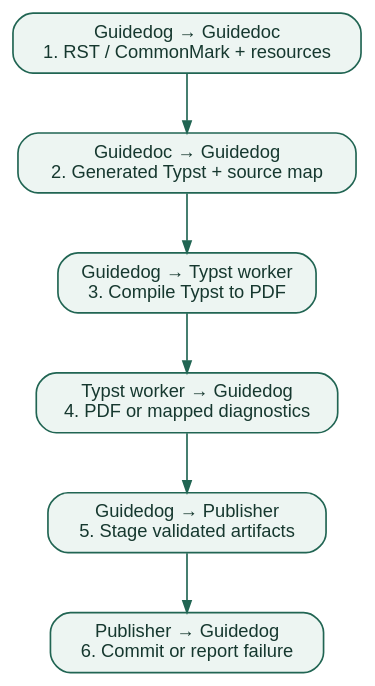
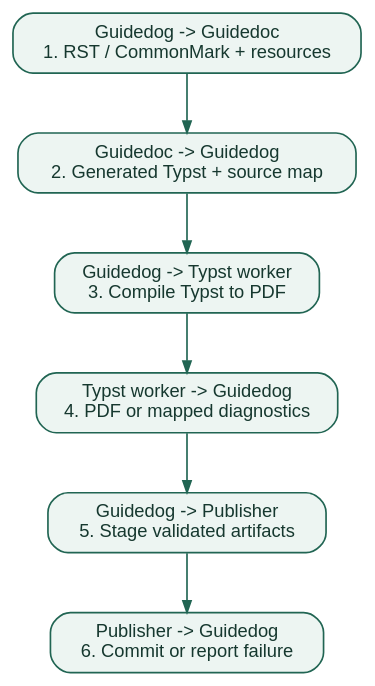
One commit to insanai/guidedog changed the second of 3 diagrams in docs/gds/records/0002-guidedog-cli.rst. Above: the diagram before and after it, drawn with Graphviz. The commit also changed other lines of this file and 99 other files, not shown here.

```diff
--- a/docs/gds/records/0002-guidedog-cli.rst
+++ b/docs/gds/records/0002-guidedog-cli.rst
@@ -415,21 +415,21 @@
 .. graphviz::
    :caption: Native .typ input starts at step 3. Failed compilation never reaches step 5.
    :alt: Native .typ input starts at step 3. Failed compilation never reaches step 5.
 
    digraph design {
      graph [rankdir=TB, bgcolor="transparent", pad="0.3", nodesep="0.4"];
      node [shape=box, style="rounded,filled", fillcolor="#edf5f2",
            color="#216553", fontcolor="#16382f", fontname="Helvetica", fontsize=11];
      edge [color="#216553", arrowsize=0.7];
-     n0 [label="Guidedog → Guidedoc\n1. RST / CommonMark + resources"];
-     n1 [label="Guidedoc → Guidedog\n2. Generated Typst + source map"];
-     n2 [label="Guidedog → Typst worker\n3. Compile Typst to PDF"];
-     n3 [label="Typst worker → Guidedog\n4. PDF or mapped diagnostics"];
-     n4 [label="Guidedog → Publisher\n5. Stage validated artifacts"];
-     n5 [label="Publisher → Guidedog\n6. Commit or report failure"];
+     n0 [label="Guidedog -> Guidedoc\n1. RST / CommonMark + resources"];
+     n1 [label="Guidedoc -> Guidedog\n2. Generated Typst + source map"];
+     n2 [label="Guidedog -> Typst worker\n3. Compile Typst to PDF"];
+     n3 [label="Typst worker -> Guidedog\n4. PDF or mapped diagnostics"];
+     n4 [label="Guidedog -> Publisher\n5. Stage validated artifacts"];
+     n5 [label="Publisher -> Guidedog\n6. Commit or report failure"];
      n0 -> n1;
      n1 -> n2;
      n2 -> n3;
      n3 -> n4;
      n4 -> n5;
    }
```
